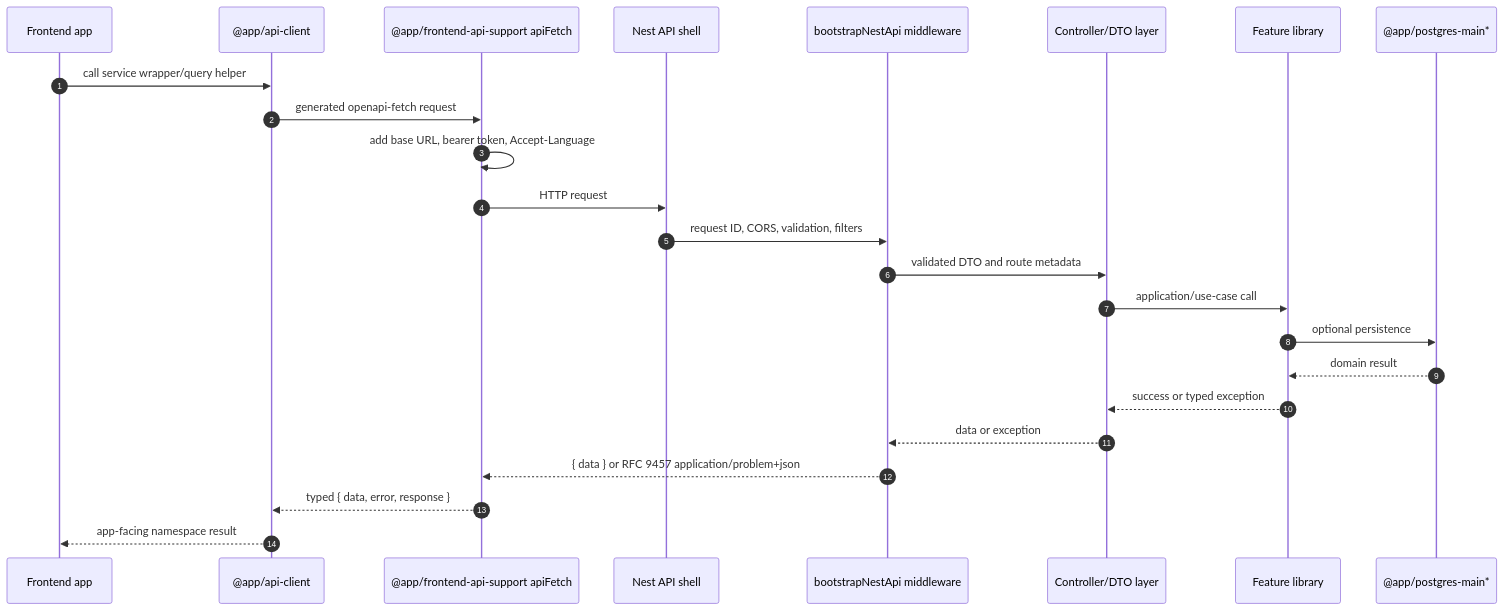
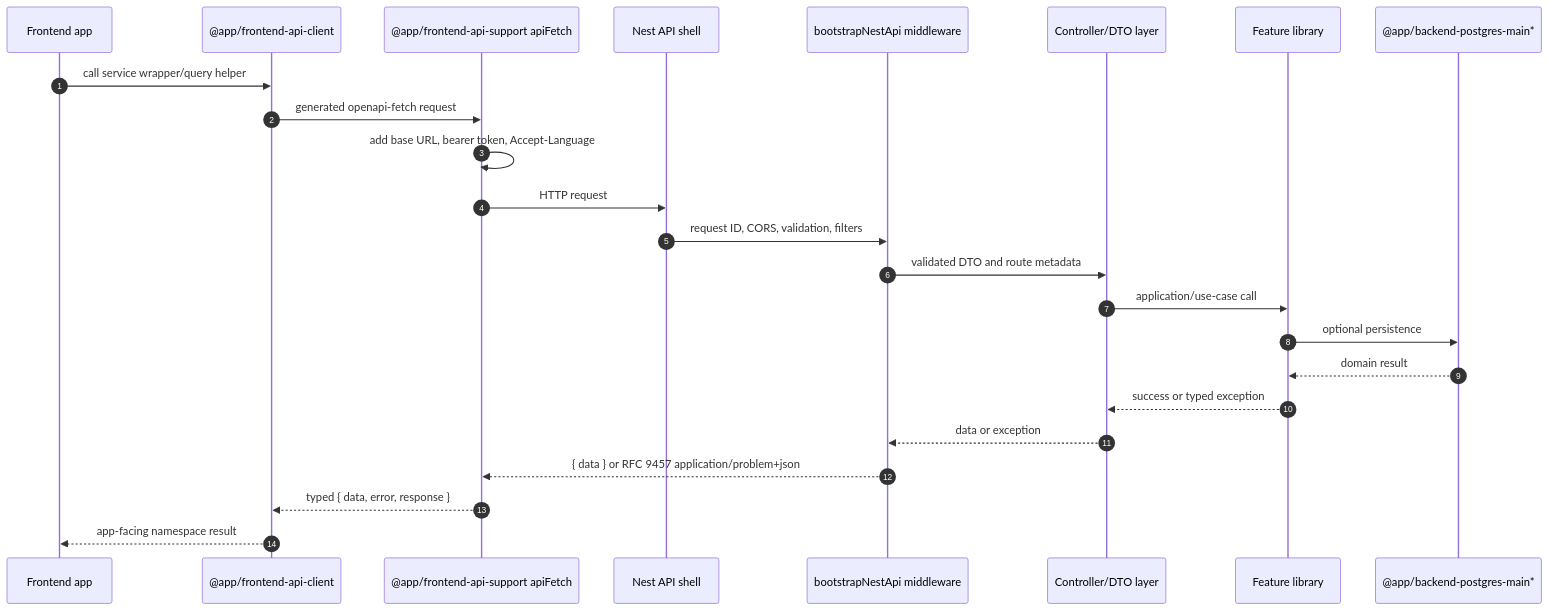
One commit to nmime/nest-react-boilerplate changed the diagram in docs/api-conventions.md. Above: the diagram before and after it, drawn with Mermaid. The commit also changed other lines of this file and 594 other files, not shown here.

Commit message:
Unify frontend runtime and UI architecture

````diff
--- a/docs/api-conventions.md
+++ b/docs/api-conventions.md
@@ -109,26 +109,26 @@
 ```mermaid
 sequenceDiagram
   autonumber
   participant Browser as Frontend app
-  participant Client as @app/api-client
+  participant Client as @app/frontend-api-client
   participant Support as @app/frontend-api-support apiFetch
   participant Api as Nest API shell
   participant Bootstrap as bootstrapNestApi middleware
   participant Controller as Controller/DTO layer
   participant Feature as Feature library
-  participant Store as @app/postgres-main*
+  participant Store as @app/backend-postgres-main*
   Browser->>Client: call service wrapper/query helper
   Client->>Support: generated openapi-fetch request
   Support->>Support: add base URL, bearer token, Accept-Language
   Support->>Api: HTTP request
   Api->>Bootstrap: request ID, CORS, validation, filters
   Bootstrap->>Controller: validated DTO and route metadata
   Controller->>Feature: application/use-case call
   Feature->>Store: optional persistence
   Store-->>Feature: domain result
   Feature-->>Controller: success or typed exception
   Controller-->>Bootstrap: data or exception
   Bootstrap-->>Support: { data } or RFC 9457 application/problem+json
   Support-->>Client: typed { data, error, response }
   Client-->>Browser: app-facing namespace result
 ```
````
